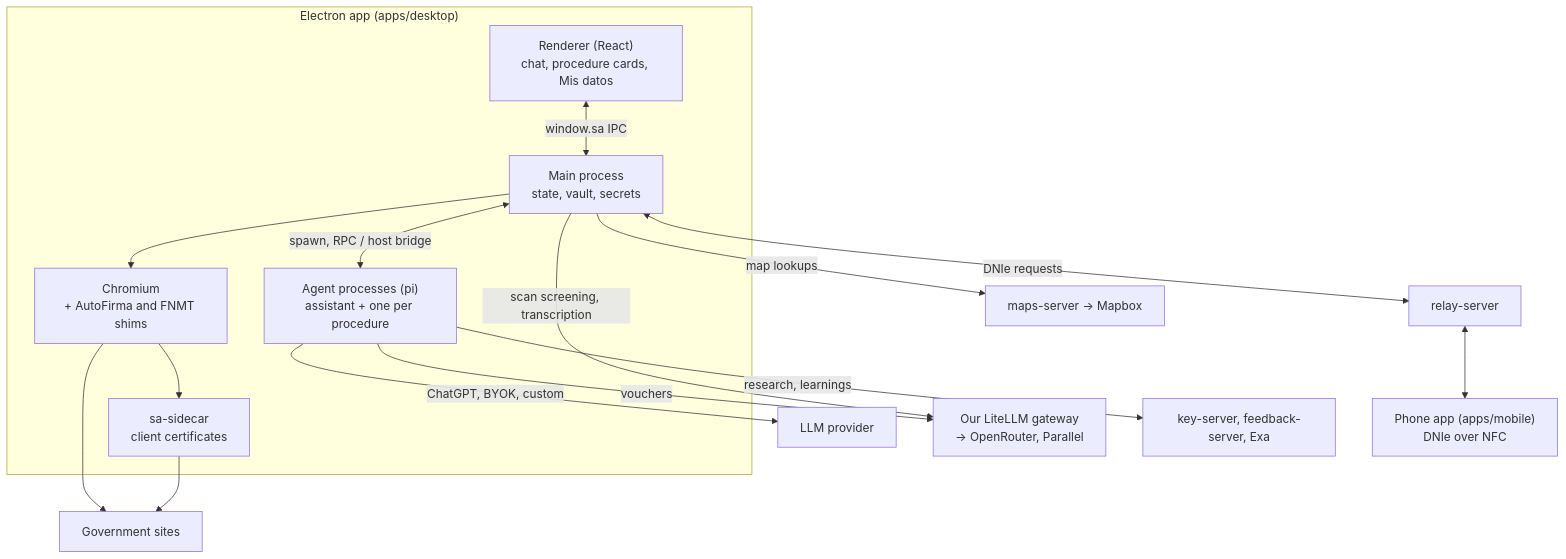
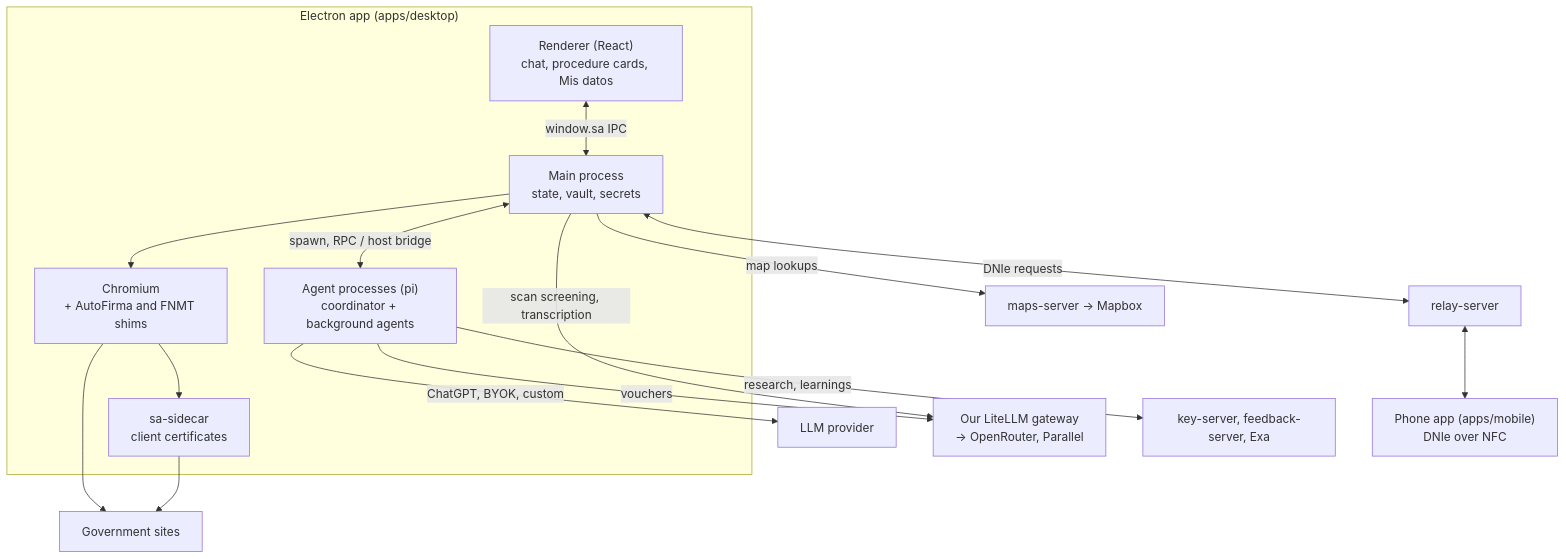
One commit to MeLlamoPablo/SpainAssist changed the diagram in docs/ARCHITECTURE.md. Above: the diagram before and after it, drawn with Mermaid. The commit also changed other lines of this file and 190 other files, not shown here.

````diff
--- a/docs/ARCHITECTURE.md
+++ b/docs/ARCHITECTURE.md
@@ -8,25 +8,25 @@
 ```mermaid
 flowchart TB
   subgraph Desktop["Electron app (apps/desktop)"]
     Renderer["Renderer (React)<br/>chat, procedure cards, Mis datos"]
     Main["Main process<br/>state, vault, secrets"]
-    Agents["Agent processes (pi)<br/>assistant + one per procedure"]
+    Agents["Agent processes (pi)<br/>coordinator + background agents"]
     Browser["Chromium<br/>+ AutoFirma and FNMT shims"]
     Sidecar["sa-sidecar<br/>client certificates"]
   end
 
   Renderer <-->|"window.sa IPC"| Main
   Main <-->|"spawn, RPC / host bridge"| Agents
   Main --> Browser
   Browser --> Sidecar
   Browser --> Sites["Government sites"]
   Sidecar --> Sites
 
   Agents -->|"ChatGPT, BYOK, custom"| Provider["LLM provider"]
   Agents -->|"vouchers"| Gateway["Our LiteLLM gateway<br/>→ OpenRouter, Parallel"]
   Agents -->|"research, learnings"| Research["key-server, feedback-server, Exa"]
   Main -->|"scan screening, transcription"| Gateway
   Main -->|"map lookups"| Maps["maps-server → Mapbox"]
   Main <-->|"DNIe requests"| Relay["relay-server"]
   Relay <--> Phone["Phone app (apps/mobile)<br/>DNIe over NFC"]
 ```
````
